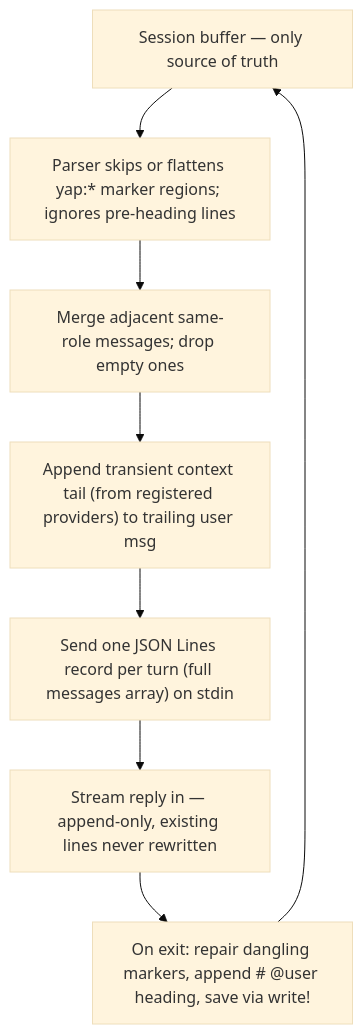
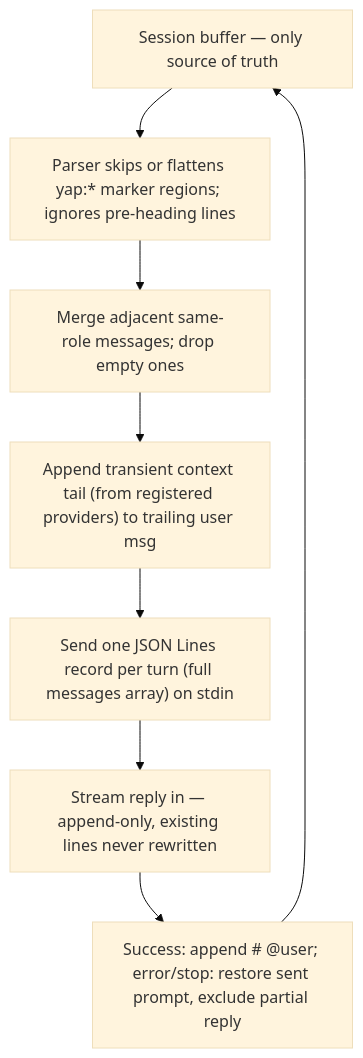
One commit to noisesfromspace/yap changed the first of 3 diagrams in CONTRIBUTING.md. Above: the diagram before and after it, drawn with Mermaid (base theme). The commit also changed other lines of this file and 13 other files, not shown here.

First line of the commit message:
fix(turn): restore the editable prompt on error and stop

````diff
--- a/CONTRIBUTING.md
+++ b/CONTRIBUTING.md
@@ -90,10 +90,10 @@
 ```mermaid
 flowchart TD
     A["Session buffer — only source of truth"] --> B["Parser skips or flattens yap:* marker regions; ignores pre-heading lines"]
     B --> C["Merge adjacent same-role messages; drop empty ones"]
     C --> D["Append transient context tail (from registered providers) to trailing user msg"]
     D --> E["Send one JSON Lines record per turn (full messages array) on stdin"]
     E --> F["Stream reply in — append-only, existing lines never rewritten"]
-    F --> G["On exit: repair dangling markers, append # @user heading, save via write!"]
+    F --> G["Success: append # @user; error/stop: restore sent prompt, exclude partial reply"]
     G --> A
 ```
````
